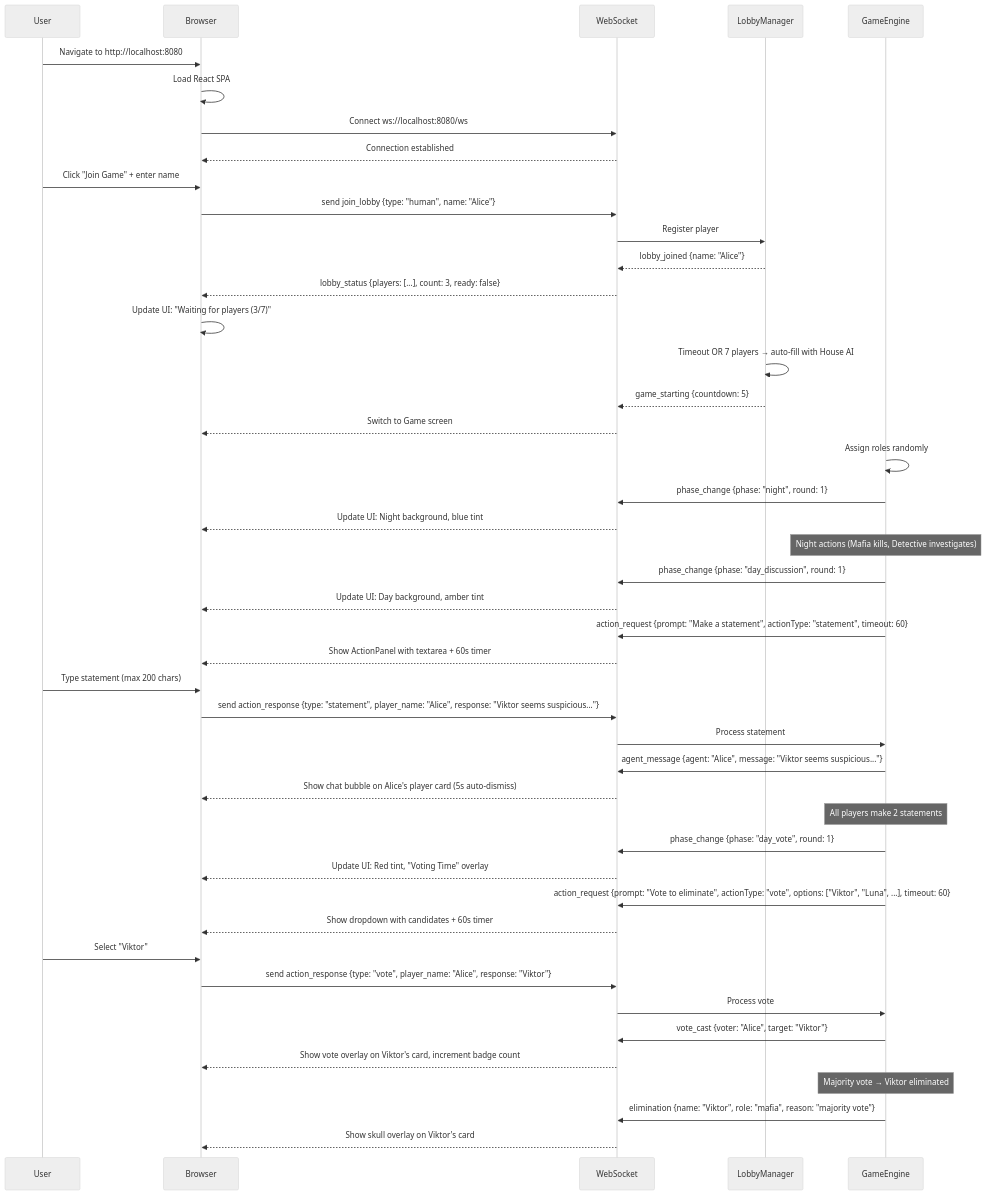
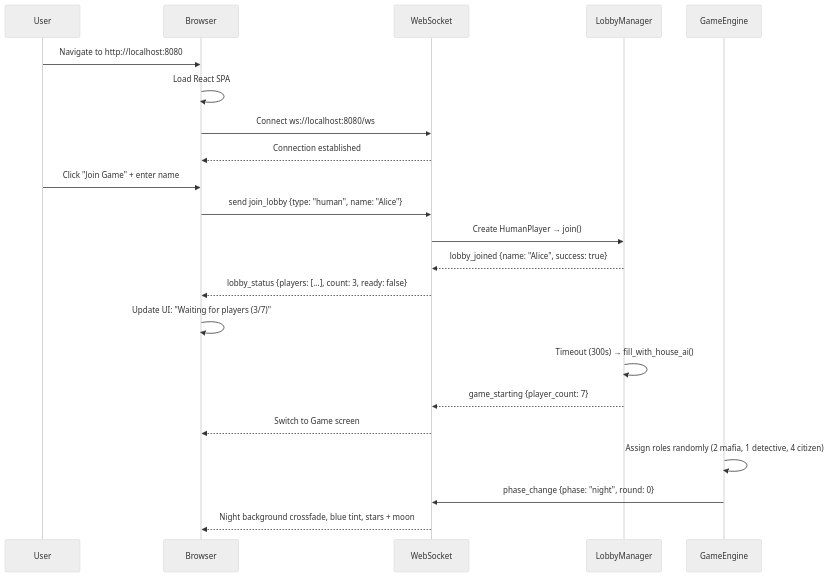
The second of 7 diagrams in docs/USERFLOW.md (0xarkstar/mafi-AI), drawn with Mermaid (neutral theme) before and after one commit. The commit also changed other lines of this file and 1 other file, not shown here.

First line of the commit message:
docs: rewrite USERFLOW with actor-based architecture and corrected betting model

````diff
--- a/docs/USERFLOW.md
+++ b/docs/USERFLOW.md
@@ -270,59 +198,28 @@
 ```mermaid
 sequenceDiagram
     participant User
     participant Browser
     participant WebSocket
     participant LobbyManager
     participant GameEngine
 
     User->>Browser: Navigate to http://localhost:8080
     Browser->>Browser: Load React SPA
     Browser->>WebSocket: Connect ws://localhost:8080/ws
     WebSocket-->>Browser: Connection established
 
     User->>Browser: Click "Join Game" + enter name
     Browser->>WebSocket: send join_lobby {type: "human", name: "Alice"}
-    WebSocket->>LobbyManager: Register player
-    LobbyManager-->>WebSocket: lobby_joined {name: "Alice"}
+    WebSocket->>LobbyManager: Create HumanPlayer → join()
+    LobbyManager-->>WebSocket: lobby_joined {name: "Alice", success: true}
     WebSocket-->>Browser: lobby_status {players: [...], count: 3, ready: false}
     Browser->>Browser: Update UI: "Waiting for players (3/7)"
 
-    LobbyManager->>LobbyManager: Timeout OR 7 players → auto-fill with House AI
-    LobbyManager-->>WebSocket: game_starting {countdown: 5}
+    LobbyManager->>LobbyManager: Timeout (300s) → fill_with_house_ai()
+    LobbyManager-->>WebSocket: game_starting {player_count: 7}
     WebSocket-->>Browser: Switch to Game screen
 
-    GameEngine->>GameEngine: Assign roles randomly
-    GameEngine->>WebSocket: phase_change {phase: "night", round: 1}
-    WebSocket-->>Browser: Update UI: Night background, blue tint
-
-    Note over GameEngine: Night actions (Mafia kills, Detective investigates)
-
-    GameEngine->>WebSocket: phase_change {phase: "day_discussion", round: 1}
-    WebSocket-->>Browser: Update UI: Day background, amber tint
-
-    GameEngine->>WebSocket: action_request {prompt: "Make a statement", actionType: "statement", timeout: 60}
-    WebSocket-->>Browser: Show ActionPanel with textarea + 60s timer
-    User->>Browser: Type statement (max 200 chars)
-    Browser->>WebSocket: send action_response {type: "statement", player_name: "Alice", response: "Viktor seems suspicious..."}
-    WebSocket->>GameEngine: Process statement
-    GameEngine->>WebSocket: agent_message {agent: "Alice", message: "Viktor seems suspicious..."}
-    WebSocket-->>Browser: Show chat bubble on Alice's player card (5s auto-dismiss)
-
-    Note over GameEngine: All players make 2 statements
-
-    GameEngine->>WebSocket: phase_change {phase: "day_vote", round: 1}
-    WebSocket-->>Browser: Update UI: Red tint, "Voting Time" overlay
-
-    GameEngine->>WebSocket: action_request {prompt: "Vote to eliminate", actionType: "vote", options: ["Viktor", "Luna", ...], timeout: 60}
-    WebSocket-->>Browser: Show dropdown with candidates + 60s timer
-    User->>Browser: Select "Viktor"
-    Browser->>WebSocket: send action_response {type: "vote", player_name: "Alice", response: "Viktor"}
-    WebSocket->>GameEngine: Process vote
-    GameEngine->>WebSocket: vote_cast {voter: "Alice", target: "Viktor"}
-    WebSocket-->>Browser: Show vote overlay on Viktor's card, increment badge count
-
-    Note over GameEngine: Majority vote → Viktor eliminated
-
-    GameEngine->>WebSocket: elimination {name: "Viktor", role: "mafia", reason: "majority vote"}
-    WebSocket-->>Browser: Show skull overlay on Viktor's card
+    GameEngine->>GameEngine: Assign roles randomly (2 mafia, 1 detective, 4 citizen)
+    GameEngine->>WebSocket: phase_change {phase: "night", round: 0}
+    WebSocket-->>Browser: Night background crossfade, blue tint, stars + moon
 ```
````
